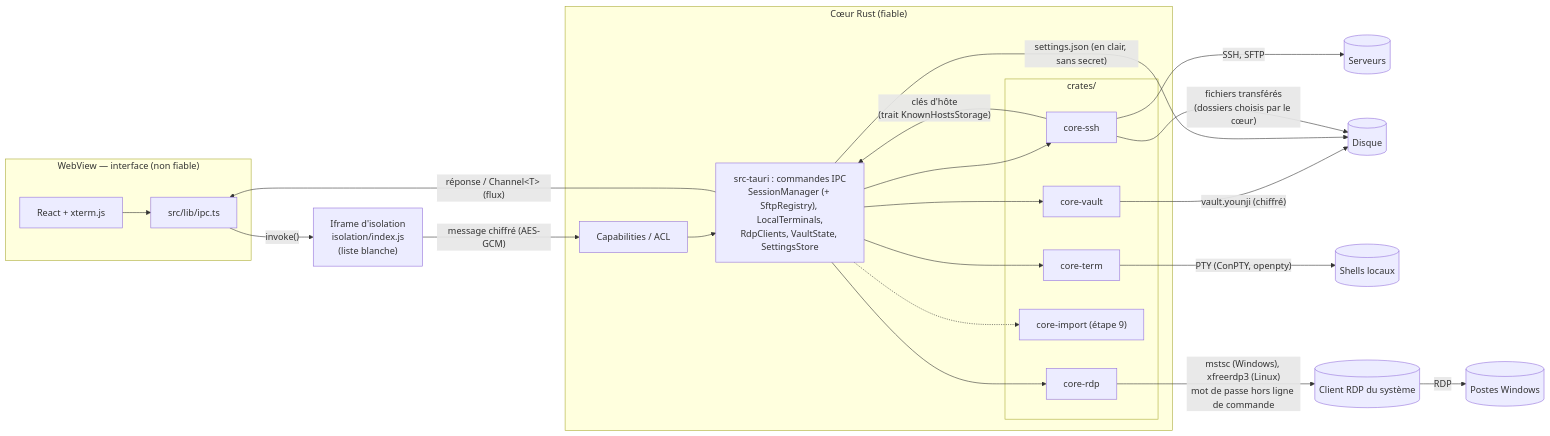
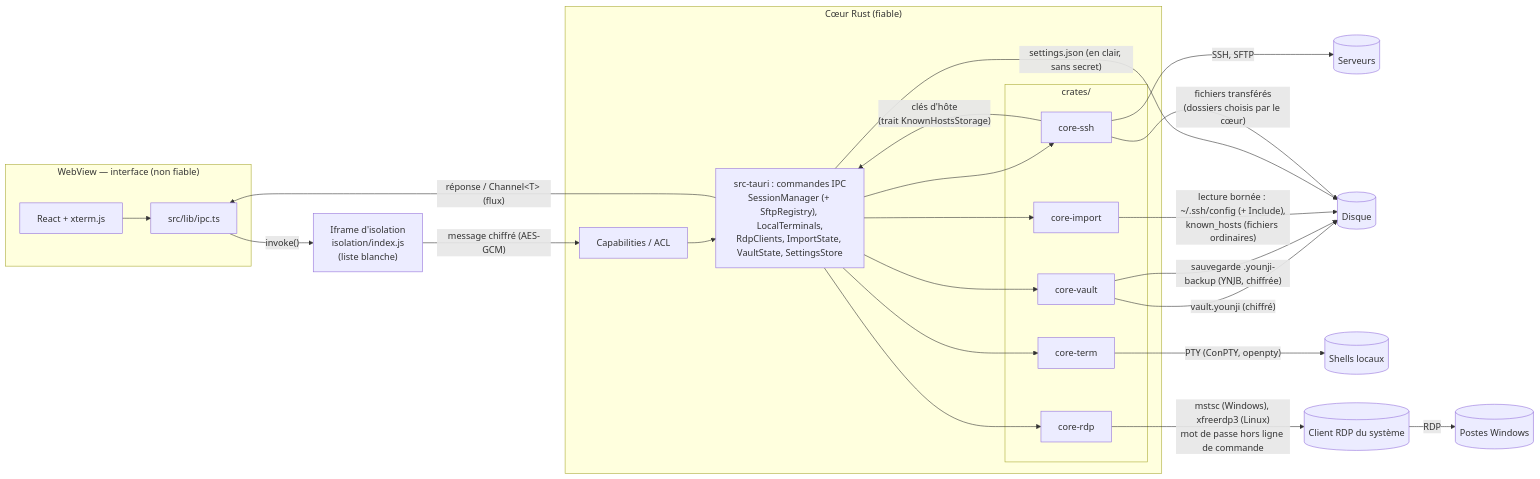
The first of 8 diagrams in docs/ARCHITECTURE.md (mlft9/younji), drawn with Mermaid before and after one commit. The commit also changed other lines of this file and 9 other files, not shown here.

First line of the commit message:
docs: documente l'étape 9 et refuse les lignes known_hosts hachées

````diff
--- a/docs/ARCHITECTURE.md
+++ b/docs/ARCHITECTURE.md
@@ -11,34 +11,35 @@
 ```mermaid
 flowchart LR
     subgraph WebView["WebView — interface (non fiable)"]
         UI[React + xterm.js]
         IPCJS[src/lib/ipc.ts]
         UI --> IPCJS
     end
     ISO["Iframe d'isolation<br/>isolation/index.js<br/>(liste blanche)"]
     subgraph Core["Cœur Rust (fiable)"]
         ACL[Capabilities / ACL]
-        CMD["src-tauri : commandes IPC<br/>SessionManager (+ SftpRegistry), LocalTerminals,<br/>RdpClients, VaultState, SettingsStore"]
+        CMD["src-tauri : commandes IPC<br/>SessionManager (+ SftpRegistry), LocalTerminals,<br/>RdpClients, ImportState, VaultState, SettingsStore"]
         ACL --> CMD
         subgraph Crates["crates/"]
             SSH[core-ssh]
             VAULT[core-vault]
             TERM[core-term]
-            IMP["core-import (étape 9)"]
+            IMP[core-import]
             RDP[core-rdp]
         end
-        CMD --> SSH & VAULT & TERM & RDP
-        CMD -.-> IMP
+        CMD --> SSH & VAULT & TERM & RDP & IMP
         SSH -- "clés d'hôte<br/>(trait KnownHostsStorage)" --> CMD
     end
     IPCJS -- "invoke()" --> ISO
     ISO -- "message chiffré (AES-GCM)" --> ACL
     CMD -- "réponse / Channel&lt;T&gt; (flux)" --> IPCJS
     SSH -- "SSH, SFTP" --> SRV[(Serveurs)]
     VAULT -- "vault.younji (chiffré)" --> DISK[(Disque)]
+    VAULT -- "sauvegarde .younji-backup (YNJB, chiffrée)" --> DISK
+    IMP -- "lecture bornée : ~/.ssh/config (+ Include),<br/>known_hosts (fichiers ordinaires)" --> DISK
     CMD -- "settings.json (en clair, sans secret)" --> DISK
     SSH -- "fichiers transférés<br/>(dossiers choisis par le cœur)" --> DISK
     TERM -- "PTY (ConPTY, openpty)" --> SHELL[(Shells locaux)]
     RDP -- "mstsc (Windows), xfreerdp3 (Linux)<br/>mot de passe hors ligne de commande" --> RDPC[(Client RDP du système)]
     RDPC -- RDP --> WIN[(Postes Windows)]
 ```
````
